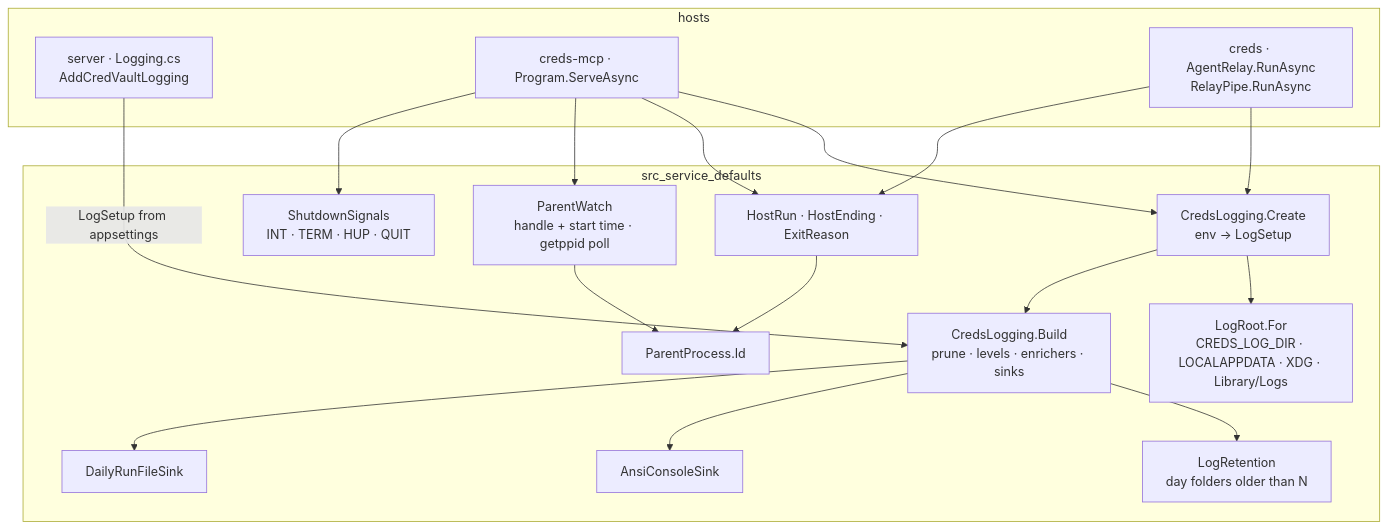
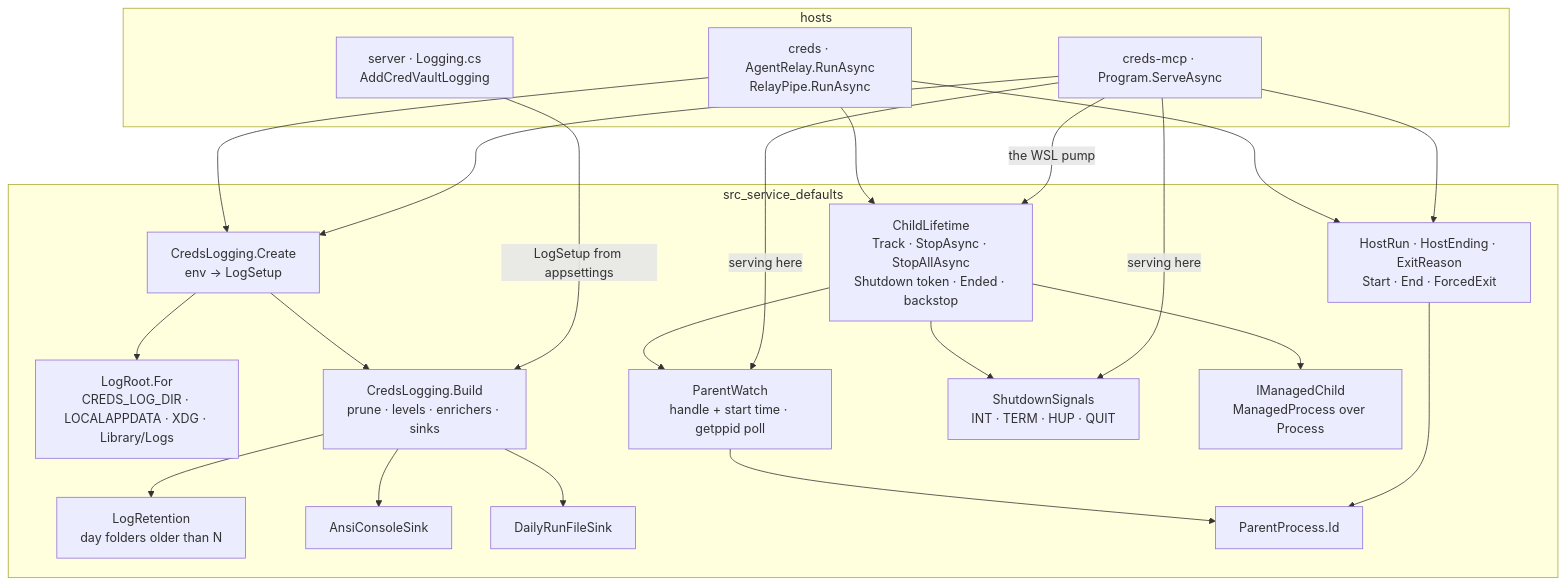
The diagram in research/module_service_defaults.md (oleksandrdubyna88/dew_flow_creds_for_devs), drawn with Mermaid before and after one commit. The commit also changed other lines of this file and 33 other files, not shown here.

First line of the commit message:
fix(mcp,cli): the bridge and the relay stop what they started (E3) (#214)

````diff
--- a/research/module_service_defaults.md
+++ b/research/module_service_defaults.md
@@ -26,34 +33,41 @@
 ```mermaid
 flowchart TB
     subgraph hosts["hosts"]
         server["server · Logging.cs<br/>AddCredVaultLogging"]
         mcp["creds-mcp · Program.ServeAsync"]
         relay["creds · AgentRelay.RunAsync<br/>RelayPipe.RunAsync"]
     end
     subgraph lib["src_service_defaults"]
         create["CredsLogging.Create<br/>env → LogSetup"]
         root["LogRoot.For<br/>CREDS_LOG_DIR · LOCALAPPDATA · XDG · Library/Logs"]
         build["CredsLogging.Build<br/>prune · levels · enrichers · sinks"]
         retention["LogRetention<br/>day folders older than N"]
         console["AnsiConsoleSink"]
         file["DailyRunFileSink"]
-        run["HostRun · HostEnding · ExitReason"]
+        run["HostRun · HostEnding · ExitReason<br/>Start · End · ForcedExit"]
         ppid["ParentProcess.Id"]
         watch["ParentWatch<br/>handle + start time · getppid poll"]
         signals["ShutdownSignals<br/>INT · TERM · HUP · QUIT"]
+        children["ChildLifetime<br/>Track · StopAsync · StopAllAsync<br/>Shutdown token · Ended · backstop"]
+        managed["IManagedChild<br/>ManagedProcess over Process"]
     end
     server -->|"LogSetup from appsettings"| build
     mcp --> create
     relay --> create
     create --> root
     create --> build
     build --> retention
     build --> console
     build --> file
     mcp --> run
     relay --> run
     run --> ppid
-    mcp --> watch
-    mcp --> signals
+    mcp -->|"serving here"| watch
+    mcp -->|"serving here"| signals
+    mcp -->|"the WSL pump"| children
+    relay --> children
+    children --> signals
+    children --> watch
+    children --> managed
     watch --> ppid
 ```
````
